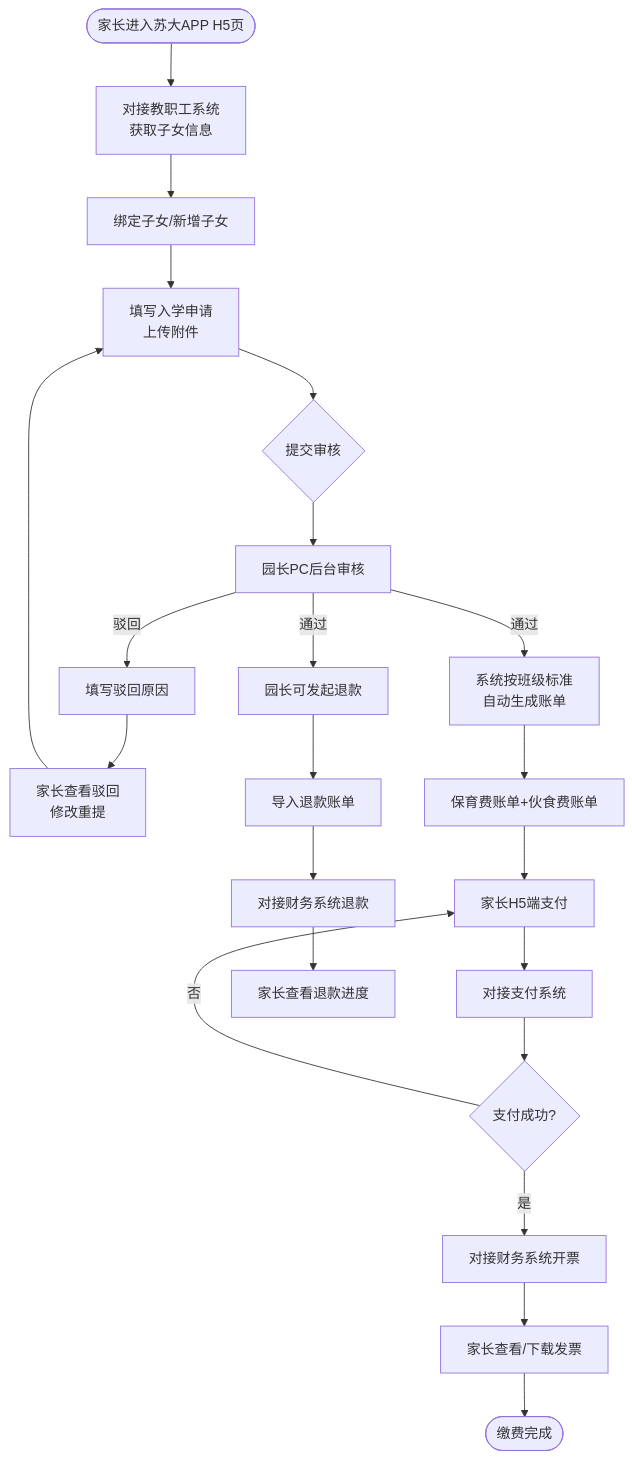
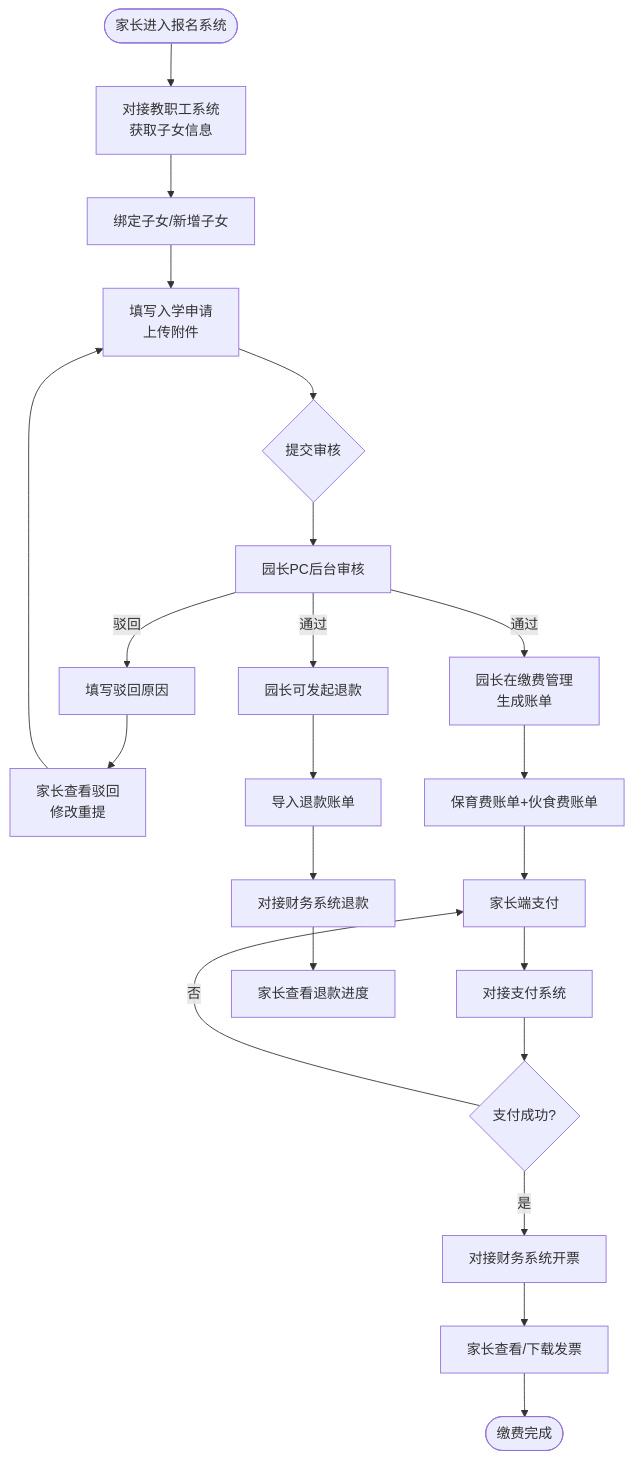
One commit to wxiang188/kindergarten-registration changed the first of 12 diagrams in SRS.md. Above: the diagram before and after it, drawn with Mermaid. The commit also changed other lines of this file and 10 other files, not shown here.

````diff
--- a/SRS.md
+++ b/SRS.md
@@ -89,24 +96,24 @@
 ```mermaid
 flowchart TD
-    A([家长进入苏大APP H5页]) --> B[对接教职工系统<br/>获取子女信息]
+    A([家长进入报名系统]) --> B[对接教职工系统<br/>获取子女信息]
     B --> C[绑定子女/新增子女]
     C --> D[填写入学申请<br/>上传附件]
     D --> E{提交审核}
     E --> F[园长PC后台审核]
     F -->|驳回| G[填写驳回原因]
     G --> H[家长查看驳回<br/>修改重提]
     H --> D
-    F -->|通过| I[系统按班级标准<br/>自动生成账单]
+    F -->|通过| I[园长在缴费管理<br/>生成账单]
     I --> J[保育费账单+伙食费账单]
-    J --> K[家长H5端支付]
+    J --> K[家长端支付]
     K --> L[对接支付系统]
     L --> M{支付成功?}
     M -->|是| N[对接财务系统开票]
     M -->|否| K
     N --> O[家长查看/下载发票]
     O --> P([缴费完成])
     F -->|通过| Q[园长可发起退款]
     Q --> R[导入退款账单]
     R --> S[对接财务系统退款]
     S --> T[家长查看退款进度]
 ```
````
